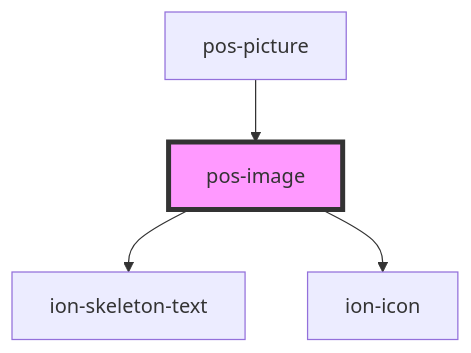
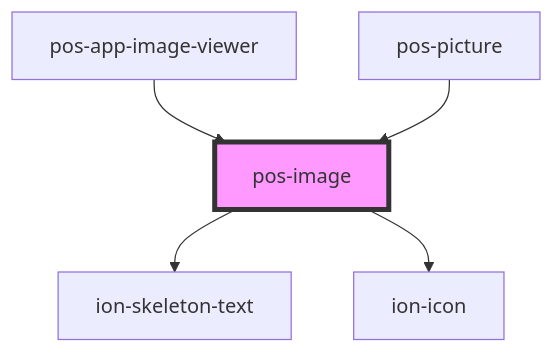
One commit to pod-os/PodOS changed the diagram in docs/elements/components/pos-image/readme.md. Above: the diagram before and after it, drawn with Mermaid. The commit also changed other lines of this file and 7 other files, not shown here.

````diff
--- a/docs/elements/components/pos-image/readme.md
+++ b/docs/elements/components/pos-image/readme.md
@@ -43,7 +46,8 @@
 ```mermaid
 graph TD;
   pos-image --> ion-skeleton-text
   pos-image --> ion-icon
+  pos-app-image-viewer --> pos-image
   pos-picture --> pos-image
   style pos-image fill:#f9f,stroke:#333,stroke-width:4px
 ```
````
